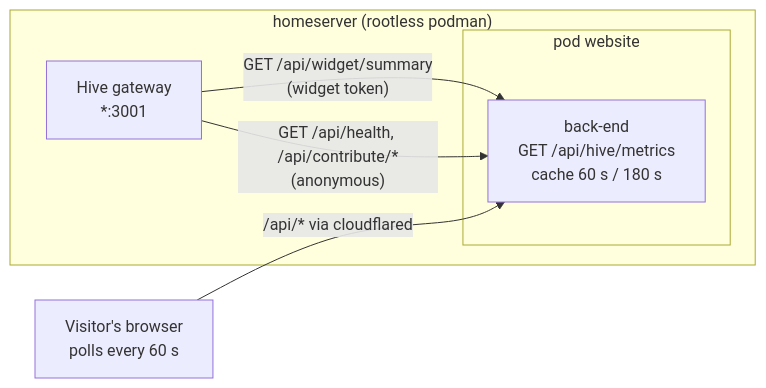
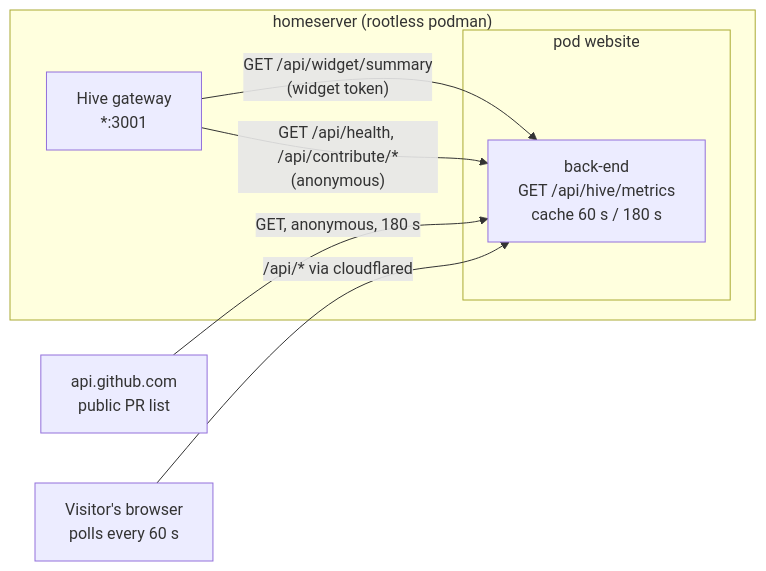
The diagram in docs/superpowers/specs/2026-11-02-agentic-hive-metrics-design.md (Tim-van-Oudheusden/website), drawn with Mermaid before and after one commit. The commit also changed other lines of this file and 4 other files, not shown here.

````diff
--- a/docs/superpowers/specs/2026-11-02-agentic-hive-metrics-design.md
+++ b/docs/superpowers/specs/2026-11-02-agentic-hive-metrics-design.md
@@ -47,13 +50,14 @@
 ```mermaid
 flowchart LR
     subgraph host["homeserver (rootless podman)"]
         hive["Hive gateway<br/>*:3001"]
         subgraph pod["pod website"]
             backend["back-end<br/>GET /api/hive/metrics<br/>cache 60 s / 180 s"]
         end
     end
     browser["Visitor's browser<br/>polls every 60 s"]
     hive -- "GET /api/widget/summary<br/>(widget token)" --> backend
     hive -- "GET /api/health, /api/contribute/*<br/>(anonymous)" --> backend
+    github["api.github.com<br/>public PR list"] -- "GET, anonymous, 180 s" --> backend
     browser -- "/api/* via cloudflared" --> backend
 ```
````
